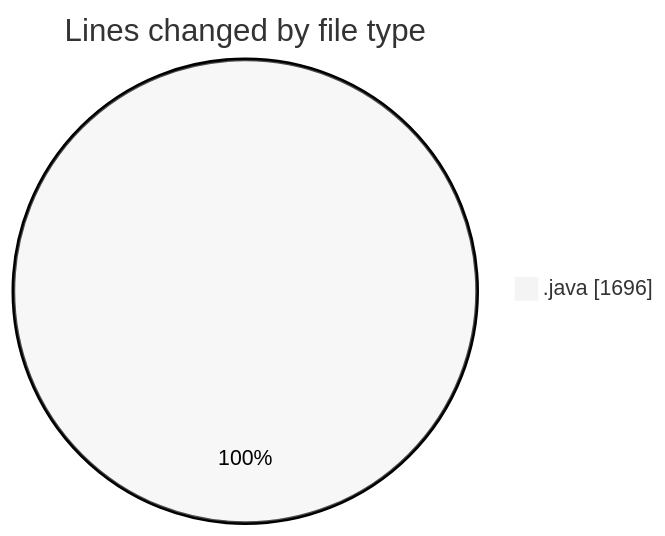
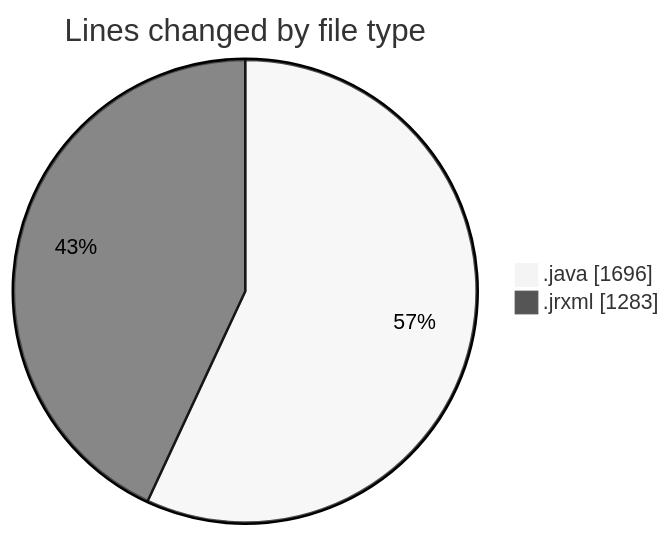
Before and after one commit to ricardozamudiocil/code-tracking: the first of 2 diagrams in 2026-09-30/cilreports__workspace_/README.md, drawn with Mermaid (neutral theme). The commit also changed other lines of this file and 1 other file, not shown here.

````diff
--- a/2026-09-30/cilreports__workspace_/README.md
+++ b/2026-09-30/cilreports__workspace_/README.md
@@ -22,5 +23,6 @@
 ```mermaid
 pie showData
 title Lines changed by file type
 ".java" : 1696
+".jrxml" : 1283
 ```
````
